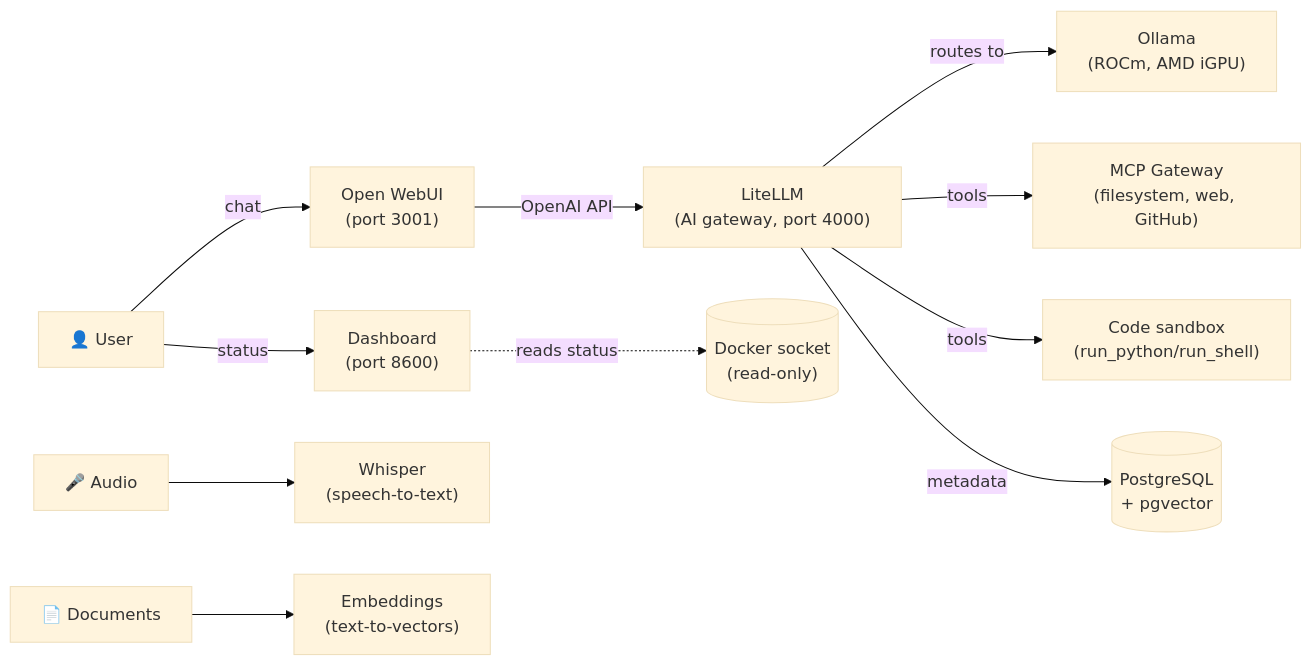
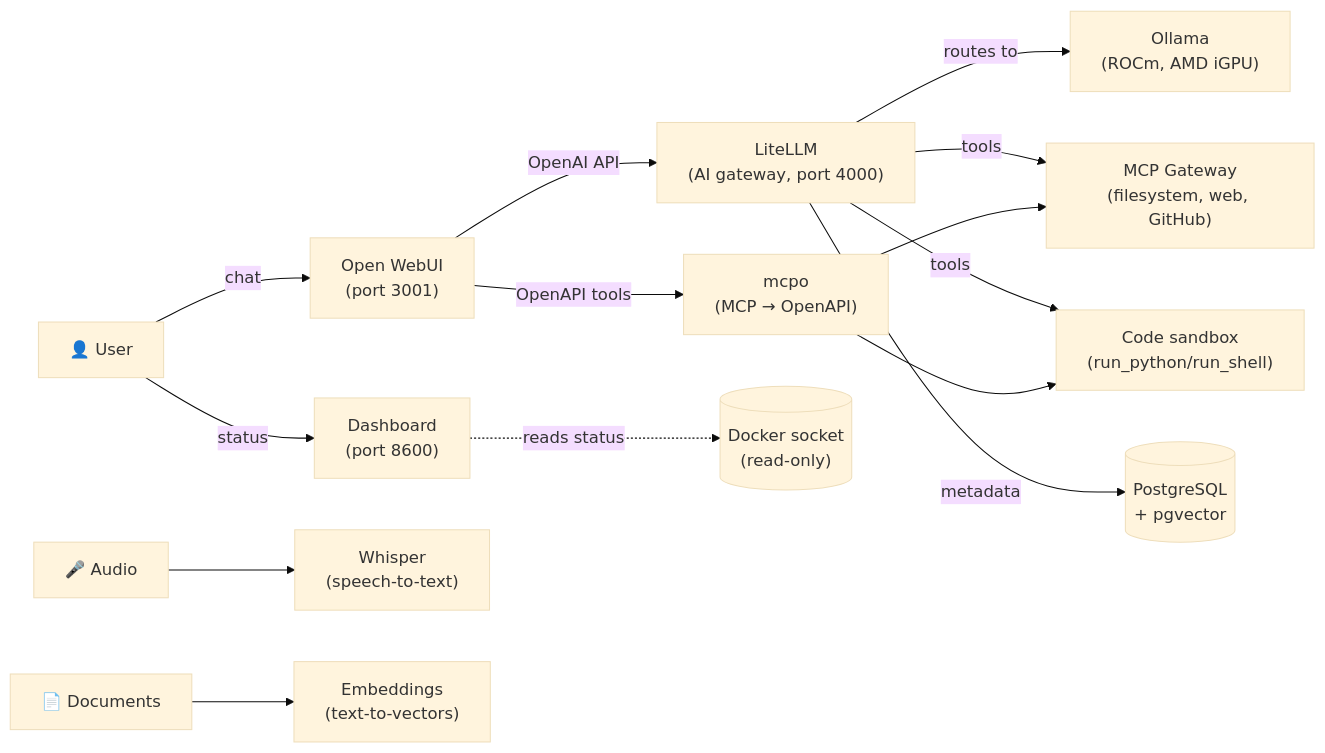
One commit to derBerliner1983/self-hosted-llm-stack changed the first of 2 diagrams in README-en.md. Above: the diagram before and after it, drawn with Mermaid (base theme). The commit also changed other lines of this file and 8 other files, not shown here.

````diff
--- a/README-en.md
+++ b/README-en.md
@@ -84,13 +84,16 @@
 ```mermaid
 graph LR
     U["👤 User"] -->|chat| W["Open WebUI<br/>(port 3001)"]
     U -->|status| DASH["Dashboard<br/>(port 8600)"]
     W -->|OpenAI API| L["LiteLLM<br/>(AI gateway, port 4000)"]
+    W -->|OpenAPI tools| MO["mcpo<br/>(MCP → OpenAPI)"]
     L -->|routes to| O["Ollama<br/>(ROCm, AMD iGPU)"]
     L -->|tools| M["MCP Gateway<br/>(filesystem, web, GitHub)"]
     L -->|tools| S["Code sandbox<br/>(run_python/run_shell)"]
+    MO --> M
+    MO --> S
     L -->|metadata| DB[("PostgreSQL<br/>+ pgvector")]
     A["🎤 Audio"] --> WH["Whisper<br/>(speech-to-text)"]
     D["📄 Documents"] --> E["Embeddings<br/>(text-to-vectors)"]
     DASH -.->|reads status| SOCK[("Docker socket<br/>(read-only)")]
 ```
````
